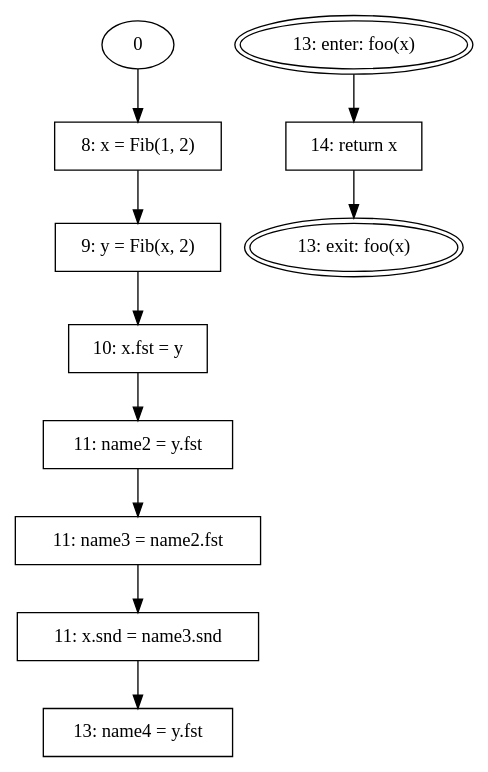
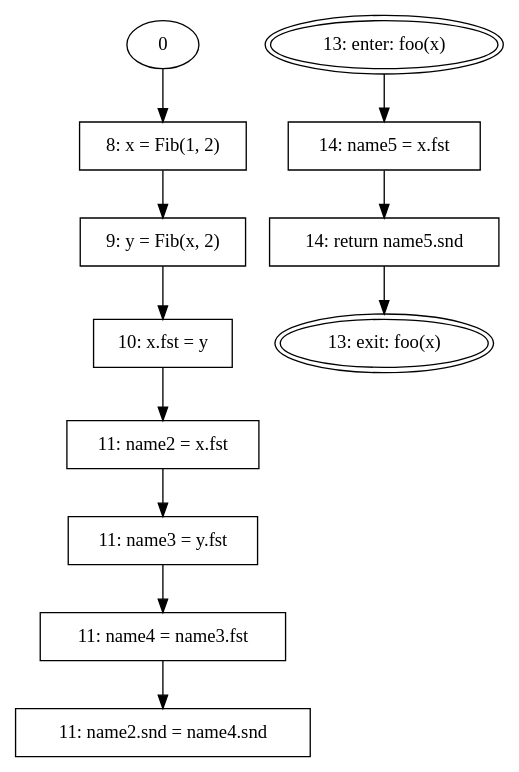
One commit to racerand/PyAnalysis changed the diagram in main/Source.gv. Above: the diagram before and after it, drawn with Graphviz. The commit also changed 4 other files, not shown here.

```diff
--- a/main/Source.gv
+++ b/main/Source.gv
@@ -1,22 +1,24 @@
 // Control Flow Graph
 digraph {
 	1 [label="8: x = Fib(1, 2)" peripheries=1 shape=rectangle]
 	0 -> 1
 	2 [label="9: y = Fib(x, 2)" peripheries=1 shape=rectangle]
 	1 -> 2
 	3 [label="10: x.fst = y" peripheries=1 shape=rectangle]
 	2 -> 3
-	4 [label="11: name2 = y.fst" peripheries=1 shape=rectangle]
+	4 [label="11: name2 = x.fst" peripheries=1 shape=rectangle]
 	3 -> 4
-	5 [label="11: name3 = name2.fst" peripheries=1 shape=rectangle]
+	5 [label="11: name3 = y.fst" peripheries=1 shape=rectangle]
 	4 -> 5
-	6 [label="11: x.snd = name3.snd" peripheries=1 shape=rectangle]
+	6 [label="11: name4 = name3.fst" peripheries=1 shape=rectangle]
 	5 -> 6
-	7 [label="13: name4 = y.fst" peripheries=1 shape=rectangle]
+	7 [label="11: name2.snd = name4.snd" peripheries=1 shape=rectangle]
 	6 -> 7
 	8 [label="13: enter: foo(x)" peripheries=2 shape=oval]
 	9 [label="13: exit: foo(x)" peripheries=2 shape=oval]
-	10 -> 9
-	10 [label="14: return x" peripheries=1 shape=rectangle]
+	11 -> 9
+	10 [label="14: name5 = x.fst" peripheries=1 shape=rectangle]
 	8 -> 10
+	11 [label="14: return name5.snd" peripheries=1 shape=rectangle]
+	10 -> 11
 }
```
